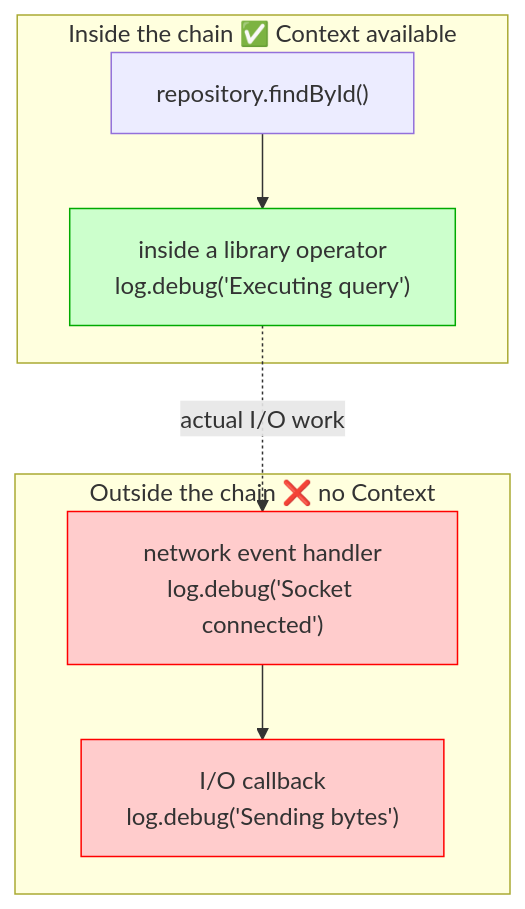
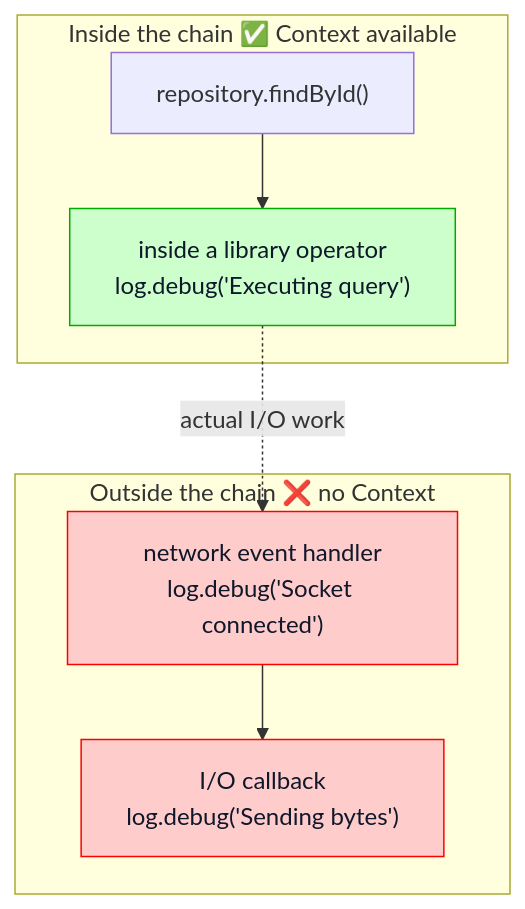
The tenth of 11 diagrams in src/content/blog/en/tracing-3-reactor-context-webflux.md (snowink1137/blog), drawn with Mermaid before and after one commit. The commit also changed 17 other files, not shown here.

First line of the commit message:
mermaid 다크모드 대비 수정 — 파스텔 배경 노드의 글자색 명시

````diff
--- a/src/content/blog/en/tracing-3-reactor-context-webflux.md
+++ b/src/content/blog/en/tracing-3-reactor-context-webflux.md
@@ -1005,20 +1005,20 @@
 ```mermaid
 flowchart TB
     subgraph IN["Inside the chain ✅ Context available"]
         A["repository.findById()"]
         B["inside a library operator<br/>log.debug('Executing query')"]
     end
     
     subgraph OUT["Outside the chain ❌ no Context"]
         C["network event handler<br/>log.debug('Socket connected')"]
         D["I/O callback<br/>log.debug('Sending bytes')"]
     end
     
     A --> B
     B -.->|"actual I/O work"| C
     C --> D
     
-    style B fill:#ccffcc,stroke:#00aa00
-    style C fill:#ffcccc,stroke:#ff0000
-    style D fill:#ffcccc,stroke:#ff0000
+    style B fill:#ccffcc,color:#0f172a,stroke:#00aa00
+    style C fill:#ffcccc,color:#0f172a,stroke:#ff0000
+    style D fill:#ffcccc,color:#0f172a,stroke:#ff0000
 ```
````
